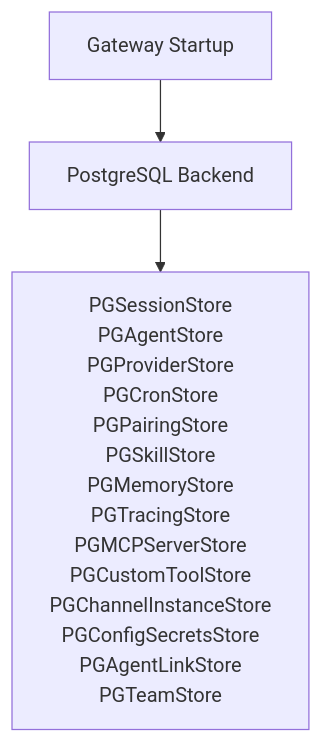
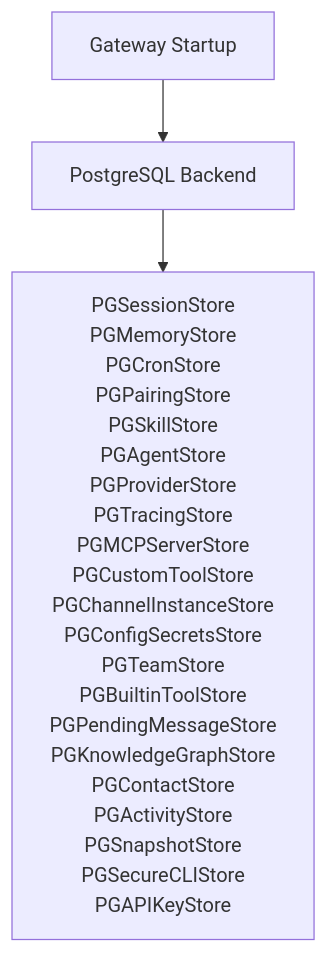
The first of 7 diagrams in docs/06-store-data-model.md (qkhalk/goclaw), drawn with Mermaid before and after one commit. The commit also changed other lines of this file and 22 other files, not shown here.

````diff
--- a/docs/06-store-data-model.md
+++ b/docs/06-store-data-model.md
@@ -9,6 +9,6 @@
 ```mermaid
 flowchart TD
     START["Gateway Startup"] --> PG["PostgreSQL Backend"]
 
-    PG --> PG_STORES["PGSessionStore<br/>PGAgentStore<br/>PGProviderStore<br/>PGCronStore<br/>PGPairingStore<br/>PGSkillStore<br/>PGMemoryStore<br/>PGTracingStore<br/>PGMCPServerStore<br/>PGCustomToolStore<br/>PGChannelInstanceStore<br/>PGConfigSecretsStore<br/>PGAgentLinkStore<br/>PGTeamStore"]
+    PG --> PG_STORES["PGSessionStore<br/>PGMemoryStore<br/>PGCronStore<br/>PGPairingStore<br/>PGSkillStore<br/>PGAgentStore<br/>PGProviderStore<br/>PGTracingStore<br/>PGMCPServerStore<br/>PGCustomToolStore<br/>PGChannelInstanceStore<br/>PGConfigSecretsStore<br/>PGTeamStore<br/>PGBuiltinToolStore<br/>PGPendingMessageStore<br/>PGKnowledgeGraphStore<br/>PGContactStore<br/>PGActivityStore<br/>PGSnapshotStore<br/>PGSecureCLIStore<br/>PGAPIKeyStore"]
 ```
````
